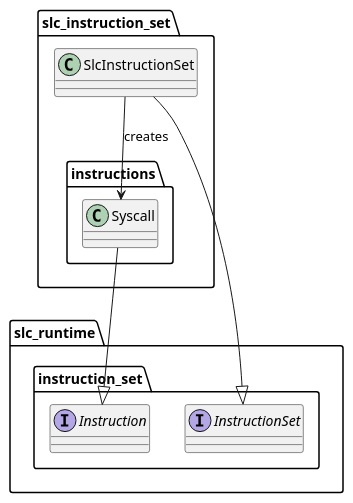
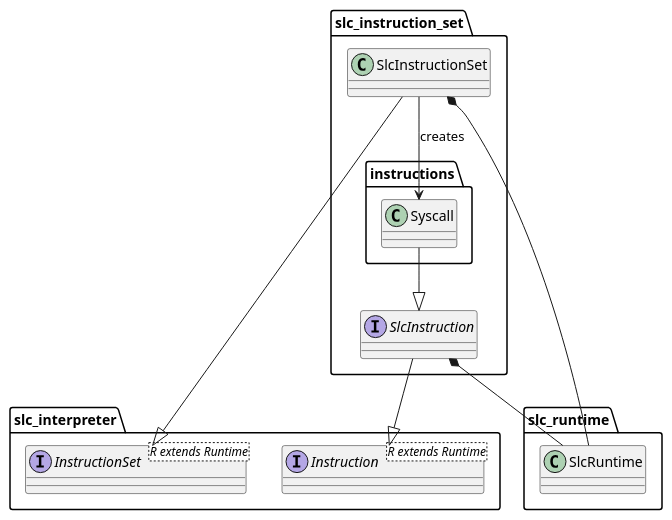
Before and after one commit to michelezamuner/jslm: the diagram in src/main/java/io/slc/jsm/slc_instruction_set/slc_instruction_set_design.puml, drawn with PlantUML. The commit also changed 47 other files, not shown here.

```diff
--- a/src/main/java/io/slc/jsm/slc_instruction_set/slc_instruction_set_design.puml
+++ b/src/main/java/io/slc/jsm/slc_instruction_set/slc_instruction_set_design.puml
@@ -1,21 +1,29 @@
 @startuml "SLC Instruction Set design"
 
-package slc_runtime.instruction_set {
-    interface InstructionSet
-    interface Instruction
+package slc_interpreter {
+    interface InstructionSet<R extends Runtime>
+    interface Instruction<R extends Runtime>
+}
+
+package slc_runtime {
+    class SlcRuntime
 }
 
 package slc_instruction_set {
+    interface SlcInstruction
     class SlcInstructionSet
 
     package instructions {
         class Syscall
 
-        Syscall --|> Instruction
+        Syscall --|> SlcInstruction
     }
 
+    SlcInstruction --|> Instruction
+    SlcInstruction *-- SlcRuntime
     SlcInstructionSet --|> InstructionSet
+    SlcInstructionSet *-- SlcRuntime
     SlcInstructionSet --> Syscall : creates
 }
 
 @enduml
```
